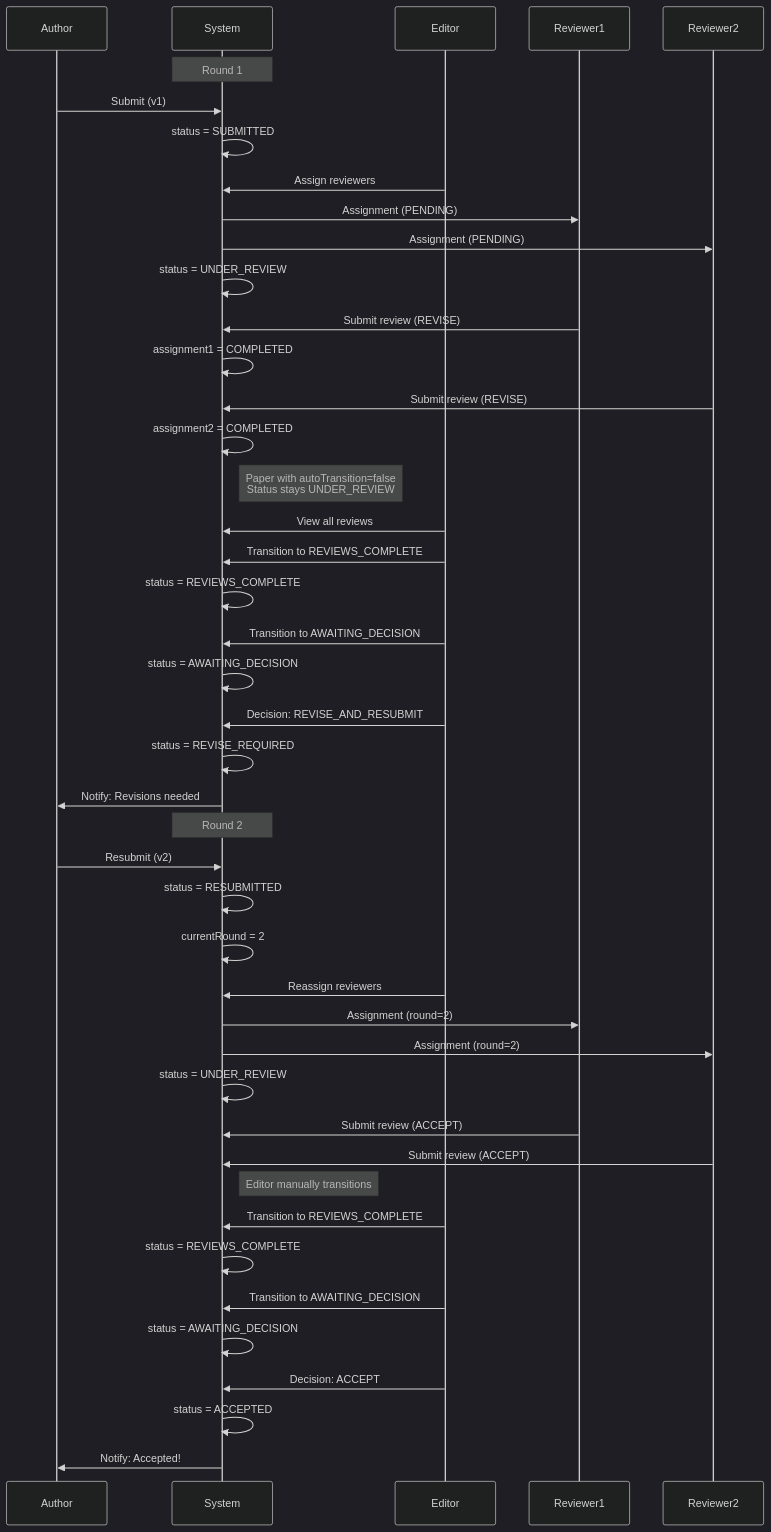
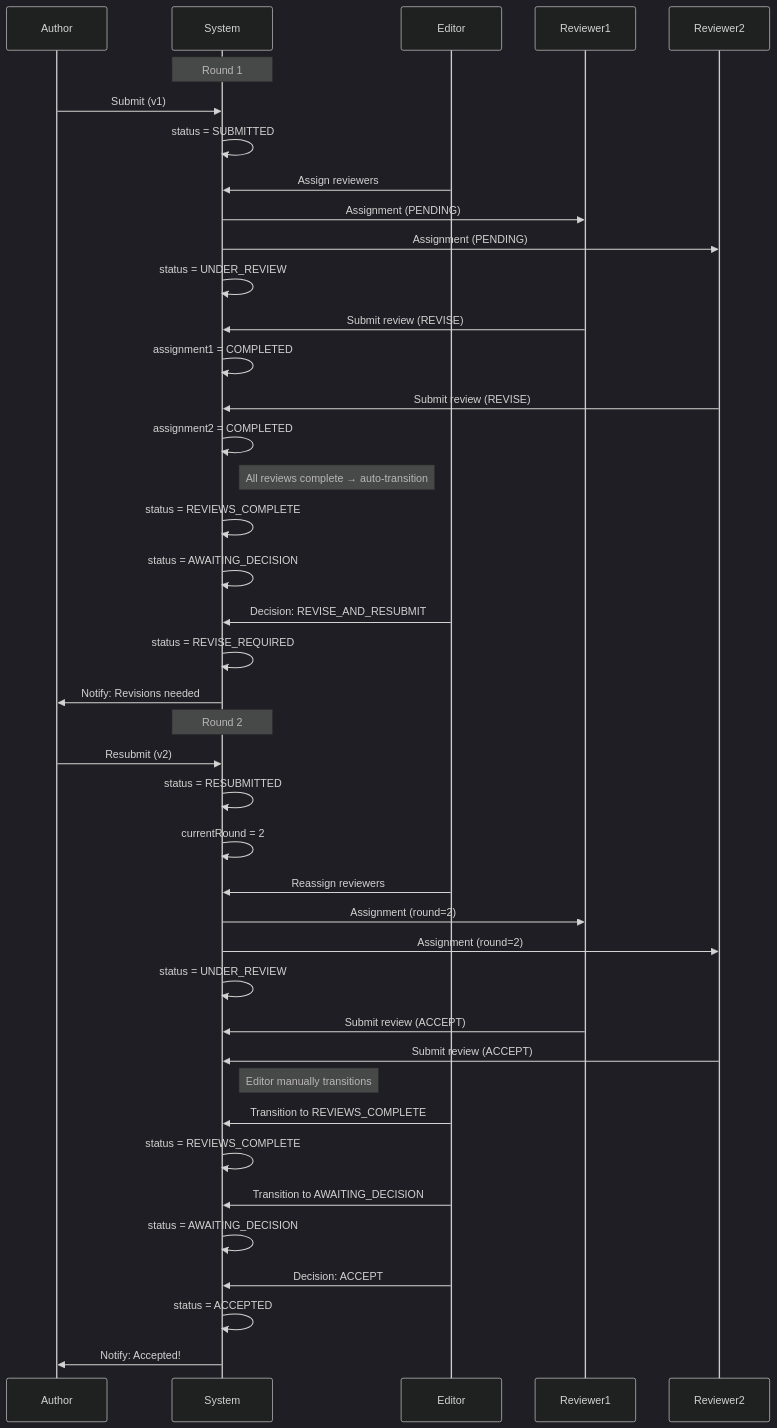
One commit to unlimited-labs/suberus changed the fifth of 5 diagrams in WORKFLOW.md. Above: the diagram before and after it, drawn with Mermaid (dark theme). The commit also changed other lines of this file and 12 other files, not shown here.

First line of the commit message:
refactor: remove autoTransitionAfterReviews option

````diff
--- a/WORKFLOW.md
+++ b/WORKFLOW.md
@@ -207,58 +200,54 @@
 ```mermaid
 sequenceDiagram
     participant Author
     participant System
     participant Editor
     participant Reviewer1
     participant Reviewer2
 
     Note over System: Round 1
     Author->>System: Submit (v1)
     System->>System: status = SUBMITTED
 
     Editor->>System: Assign reviewers
     System->>Reviewer1: Assignment (PENDING)
     System->>Reviewer2: Assignment (PENDING)
     System->>System: status = UNDER_REVIEW
 
     Reviewer1->>System: Submit review (REVISE)
     System->>System: assignment1 = COMPLETED
 
     Reviewer2->>System: Submit review (REVISE)
     System->>System: assignment2 = COMPLETED
-    Note right of System: Paper with autoTransition=false<br/>Status stays UNDER_REVIEW
-
-    Editor->>System: View all reviews
-    Editor->>System: Transition to REVIEWS_COMPLETE
+    Note right of System: All reviews complete → auto-transition
     System->>System: status = REVIEWS_COMPLETE
-    Editor->>System: Transition to AWAITING_DECISION
     System->>System: status = AWAITING_DECISION
     Editor->>System: Decision: REVISE_AND_RESUBMIT
     System->>System: status = REVISE_REQUIRED
 
     System->>Author: Notify: Revisions needed
 
     Note over System: Round 2
     Author->>System: Resubmit (v2)
     System->>System: status = RESUBMITTED
     System->>System: currentRound = 2
 
     Editor->>System: Reassign reviewers
     System->>Reviewer1: Assignment (round=2)
     System->>Reviewer2: Assignment (round=2)
     System->>System: status = UNDER_REVIEW
 
     Reviewer1->>System: Submit review (ACCEPT)
     Reviewer2->>System: Submit review (ACCEPT)
     Note right of System: Editor manually transitions
 
     Editor->>System: Transition to REVIEWS_COMPLETE
     System->>System: status = REVIEWS_COMPLETE
     Editor->>System: Transition to AWAITING_DECISION
     System->>System: status = AWAITING_DECISION
 
     Editor->>System: Decision: ACCEPT
     System->>System: status = ACCEPTED
 
     System->>Author: Notify: Accepted!
 ```
````
